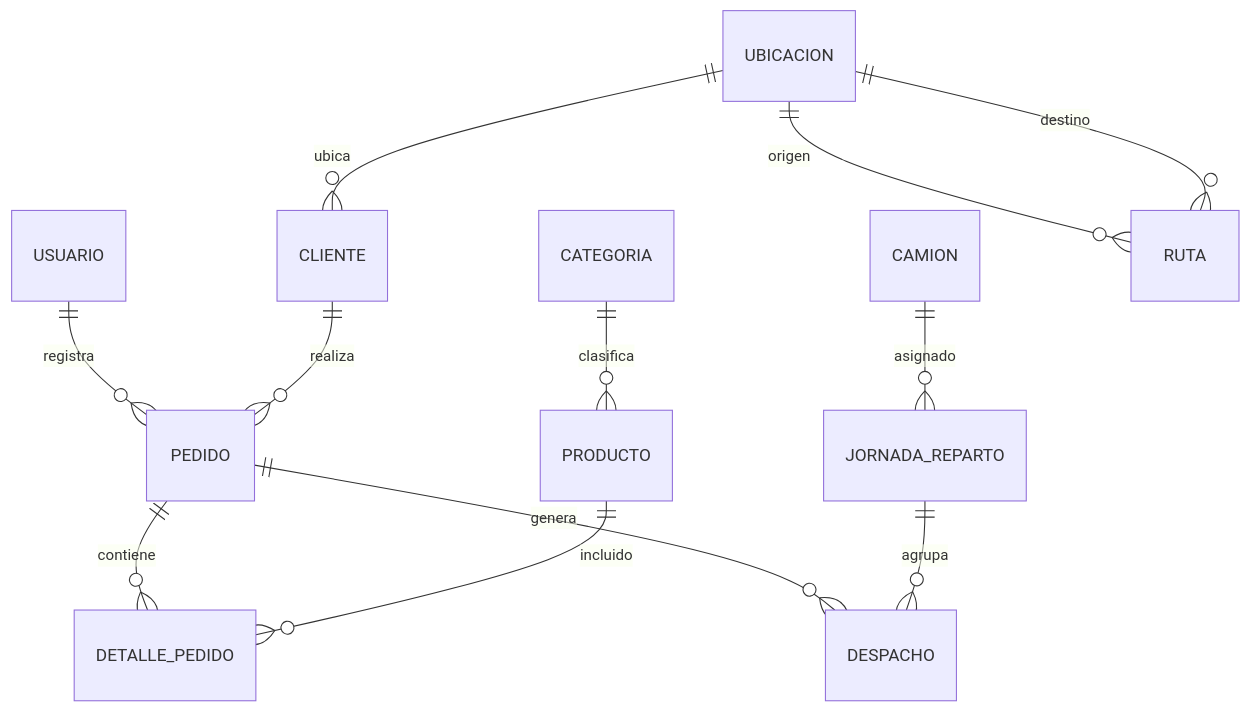
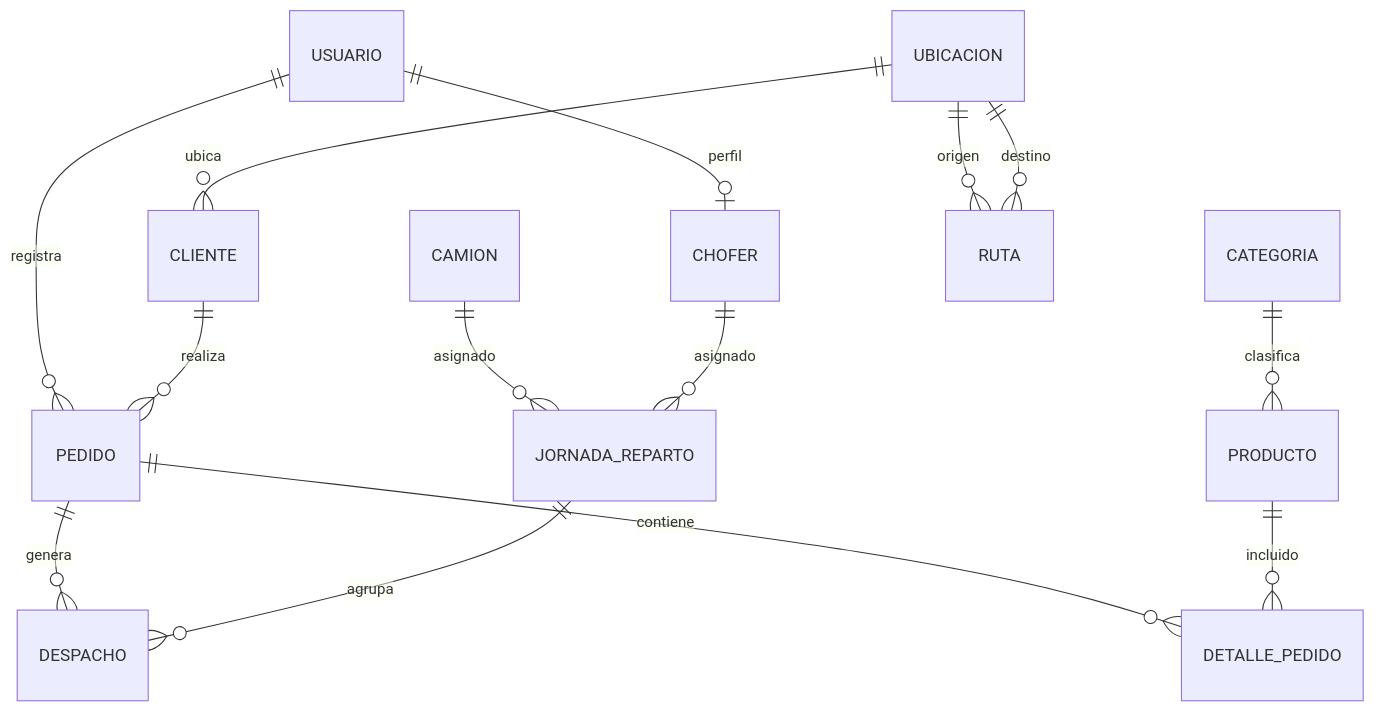
One commit to gabriel23mz/techsupply-scm changed the diagram in docs/04-base-de-datos.md. Above: the diagram before and after it, drawn with Mermaid. The commit also changed other lines of this file and 66 other files, not shown here.

````diff
--- a/docs/04-base-de-datos.md
+++ b/docs/04-base-de-datos.md
@@ -45,14 +53,16 @@
 ```mermaid
 erDiagram
   USUARIO ||--o{ PEDIDO : registra
   CLIENTE ||--o{ PEDIDO : realiza
   UBICACION ||--o{ CLIENTE : ubica
   CATEGORIA ||--o{ PRODUCTO : clasifica
   PEDIDO ||--o{ DETALLE_PEDIDO : contiene
   PRODUCTO ||--o{ DETALLE_PEDIDO : incluido
   PEDIDO ||--o{ DESPACHO : genera
   CAMION ||--o{ JORNADA_REPARTO : asignado
+  USUARIO ||--o| CHOFER : perfil
+  CHOFER ||--o{ JORNADA_REPARTO : asignado
   JORNADA_REPARTO ||--o{ DESPACHO : agrupa
   UBICACION ||--o{ RUTA : origen
   UBICACION ||--o{ RUTA : destino
 ```
````
